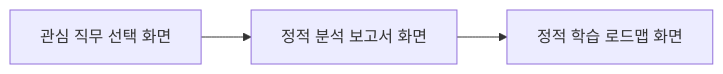
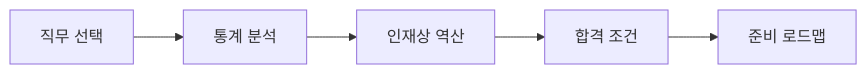
One commit to Mureung1/hub-showcase changed the first of 3 diagrams in docs/architecture.md. Above: the diagram before and after it, drawn with Mermaid. The commit also changed other lines of this file and 1 other file, not shown here.

Commit message:
docs: rework plan and architecture for backend-first reverse-engineering scope

````diff
--- a/docs/architecture.md
+++ b/docs/architecture.md
@@ -18,5 +18,7 @@
 ```mermaid
 flowchart LR
-    A[관심 직무 선택 화면] --> B[정적 분석 보고서 화면]
-    B --> C[정적 학습 로드맵 화면]
+    A[직무 선택] --> B[통계 분석]
+    B --> C[인재상 역산]
+    C --> D[합격 조건]
+    D --> E[준비 로드맵]
 ```
````
